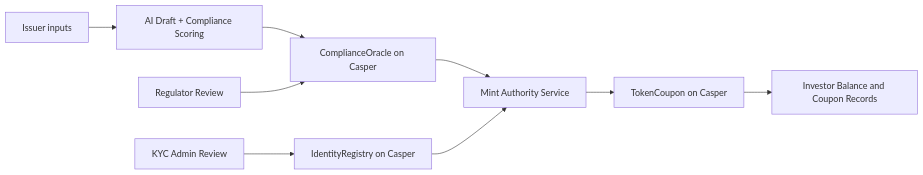
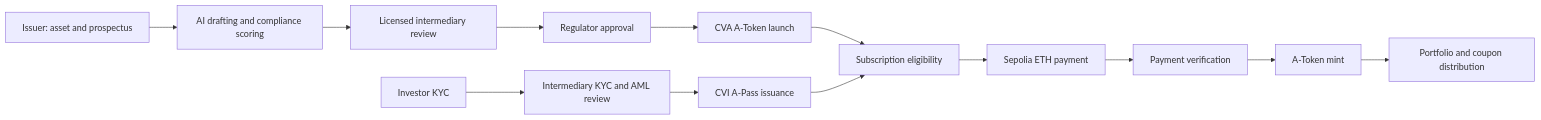
Before and after one commit to skymiss18/cleanverseRWA: the diagram in README.md, drawn with Mermaid. The commit also changed other lines of this file, not shown here.

````diff
--- a/README.md
+++ b/README.md
@@ -119,11 +36,17 @@
 ```mermaid
 flowchart LR
-  A[Issuer inputs] --> B[AI Draft + Compliance Scoring]
-  B --> C[ComplianceOracle on Casper]
-  D[Regulator Review] --> C
-  E[KYC Admin Review] --> F[IdentityRegistry on Casper]
-  C --> G[Mint Authority Service]
-  F --> G
-  G --> H[TokenCoupon on Casper]
-  H --> I[Investor Balance and Coupon Records]
+  A[Issuer: asset and prospectus] --> B[AI drafting and compliance scoring]
+  B --> C[Licensed intermediary review]
+  C --> D[Regulator approval]
+  D --> E[CVA A-Token launch]
+
+  F[Investor KYC] --> G[Intermediary KYC and AML review]
+  G --> H[CVI A-Pass issuance]
+
+  E --> I[Subscription eligibility]
+  H --> I
+  I --> J[Sepolia ETH payment]
+  J --> K[Payment verification]
+  K --> L[A-Token mint]
+  L --> M[Portfolio and coupon distribution]
 ```
````
